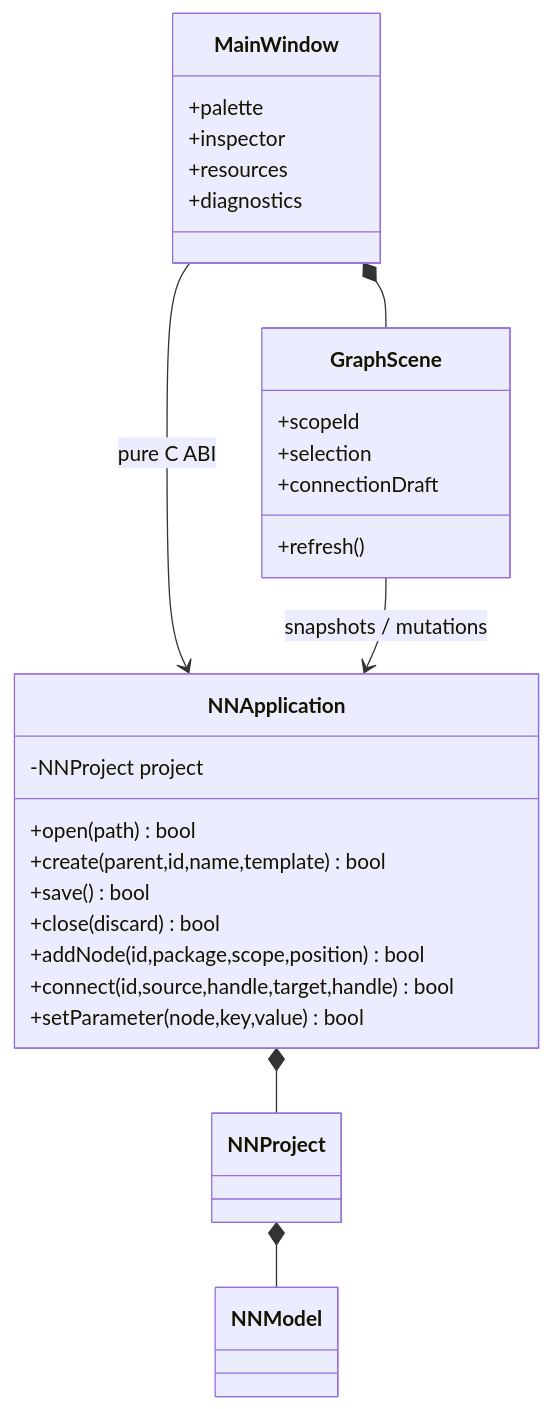
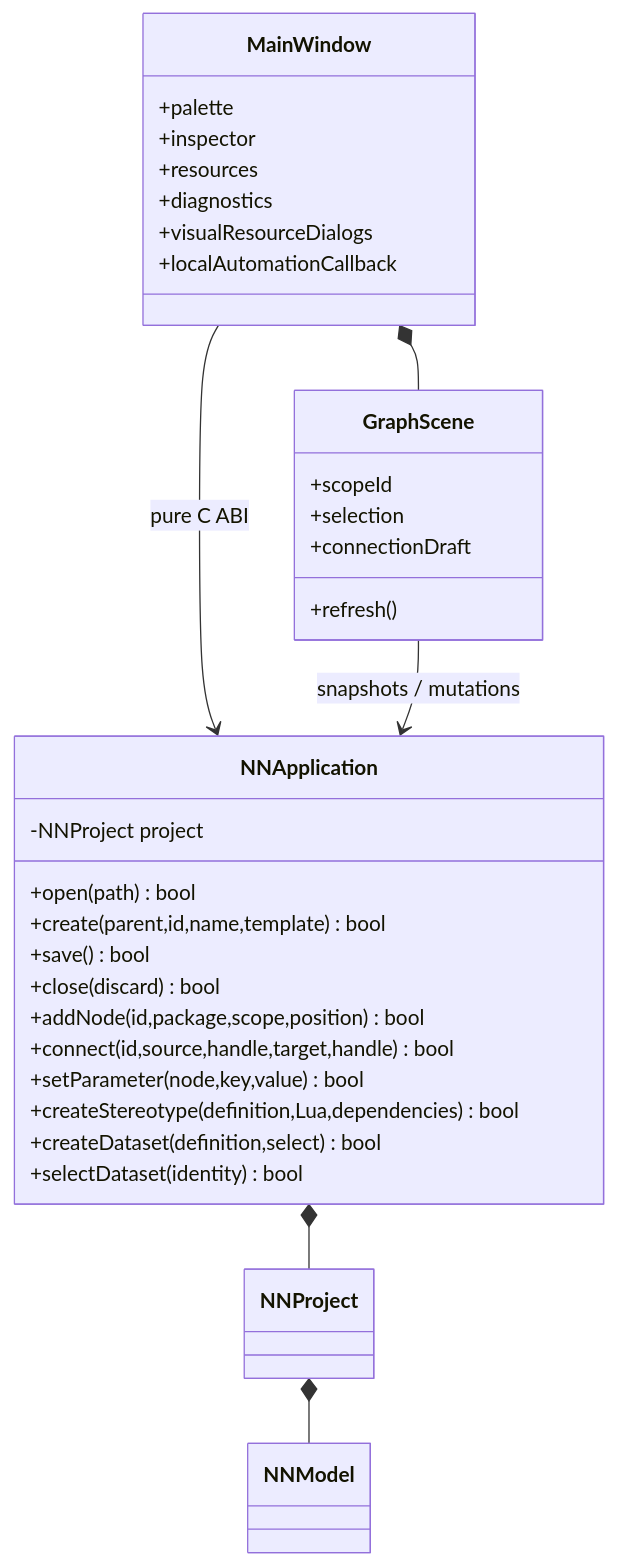
The diagram in docs/knowledge/uml/editor.md (LucaSforza/nnmodelling-ui), drawn with Mermaid before and after one commit. The commit also changed 65 other files, not shown here.

Commit message:
Add visual resource authoring, VAE subflows and local CLI automation

````diff
--- a/docs/knowledge/uml/editor.md
+++ b/docs/knowledge/uml/editor.md
@@ -3,30 +3,35 @@
 ```mermaid
 classDiagram
     class NNApplication {
       -NNProject project
       +open(path) bool
       +create(parent,id,name,template) bool
       +save() bool
       +close(discard) bool
       +addNode(id,package,scope,position) bool
       +connect(id,source,handle,target,handle) bool
       +setParameter(node,key,value) bool
+      +createStereotype(definition,Lua,dependencies) bool
+      +createDataset(definition,select) bool
+      +selectDataset(identity) bool
     }
     class MainWindow {
       +palette
       +inspector
       +resources
       +diagnostics
+      +visualResourceDialogs
+      +localAutomationCallback
     }
     class GraphScene {
       +scopeId
       +selection
       +connectionDraft
       +refresh()
     }
     MainWindow --> NNApplication : pure C ABI
     MainWindow *-- GraphScene
     GraphScene --> NNApplication : snapshots / mutations
     NNApplication *-- NNProject
     NNProject *-- NNModel
 ```
````
